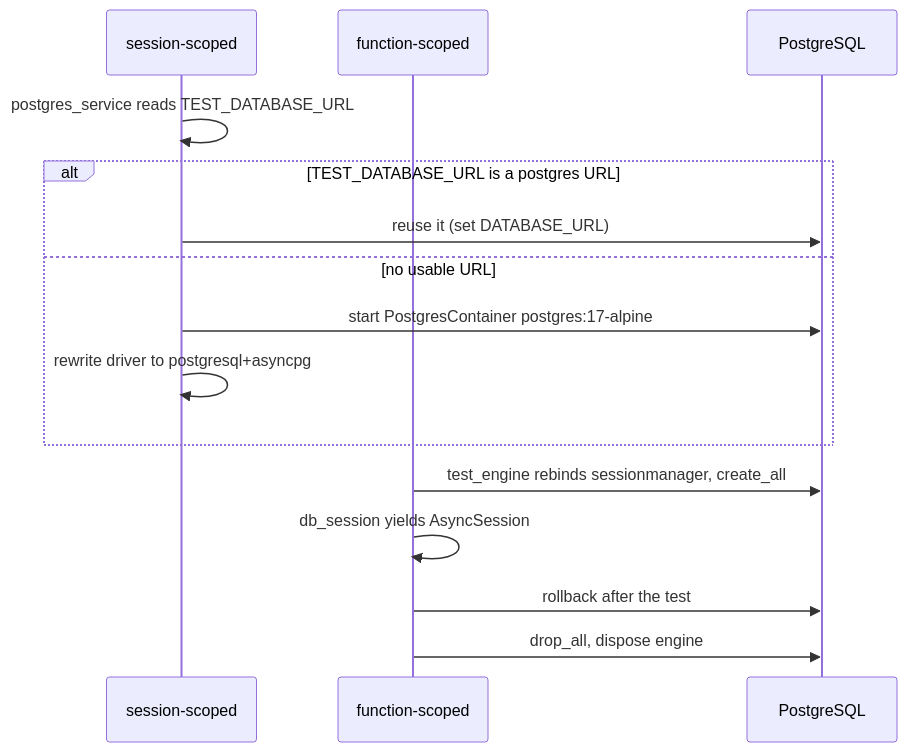
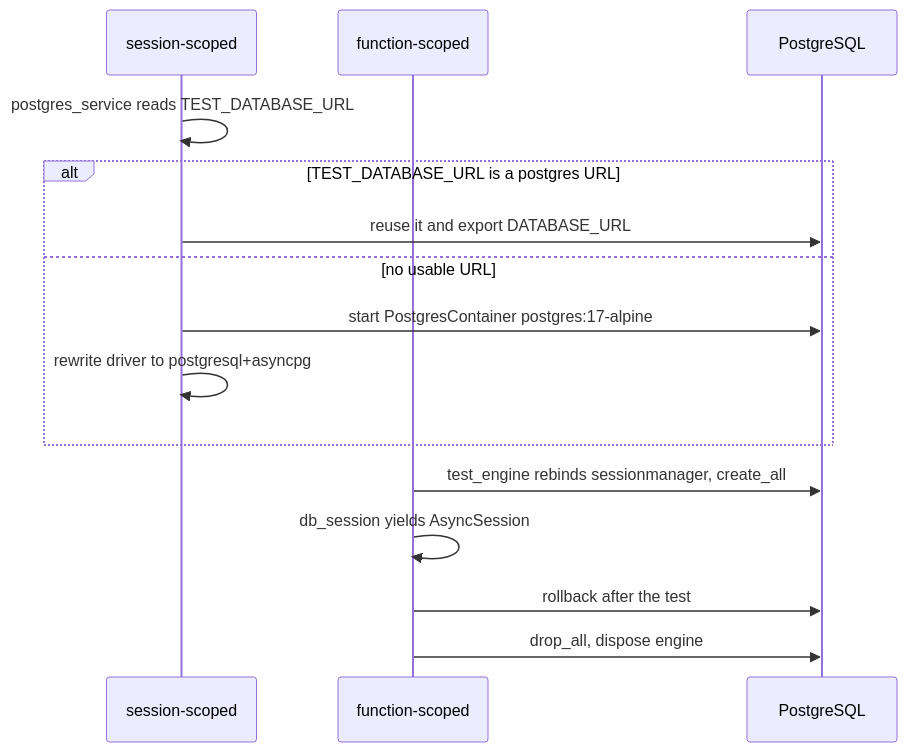
One commit to havekes/retail-portfolio changed the first of 2 diagrams in openwiki/operations/testing.md. Above: the diagram before and after it, drawn with Mermaid. The commit also changed other lines of this file and 57 other files, not shown here.

````diff
--- a/openwiki/operations/testing.md
+++ b/openwiki/operations/testing.md
@@ -156,17 +170,17 @@
 ```mermaid
 sequenceDiagram
     participant S as session-scoped
     participant F as function-scoped
     participant PG as PostgreSQL
     S->>S: postgres_service reads TEST_DATABASE_URL
     alt TEST_DATABASE_URL is a postgres URL
-        S->>PG: reuse it (set DATABASE_URL)
+        S->>PG: reuse it and export DATABASE_URL
     else no usable URL
         S->>PG: start PostgresContainer postgres:17-alpine
         S->>S: rewrite driver to postgresql+asyncpg
     end
     F->>PG: test_engine rebinds sessionmanager, create_all
     F->>F: db_session yields AsyncSession
     F->>PG: rollback after the test
     F->>PG: drop_all, dispose engine
 ```
````
